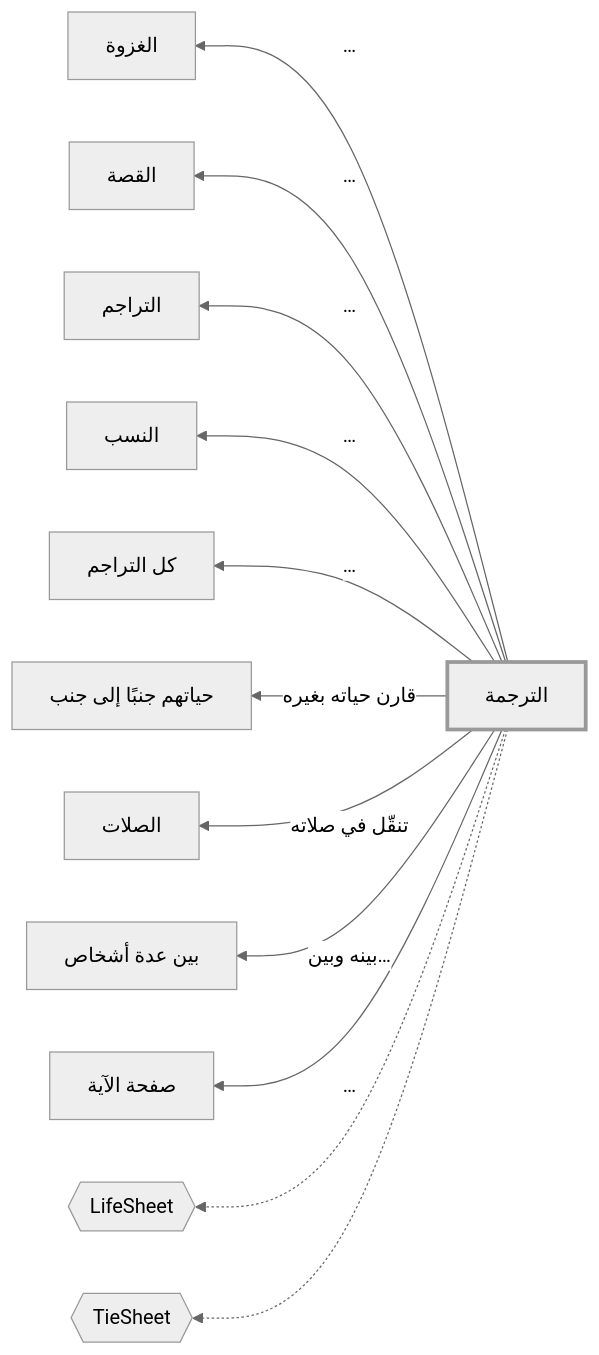
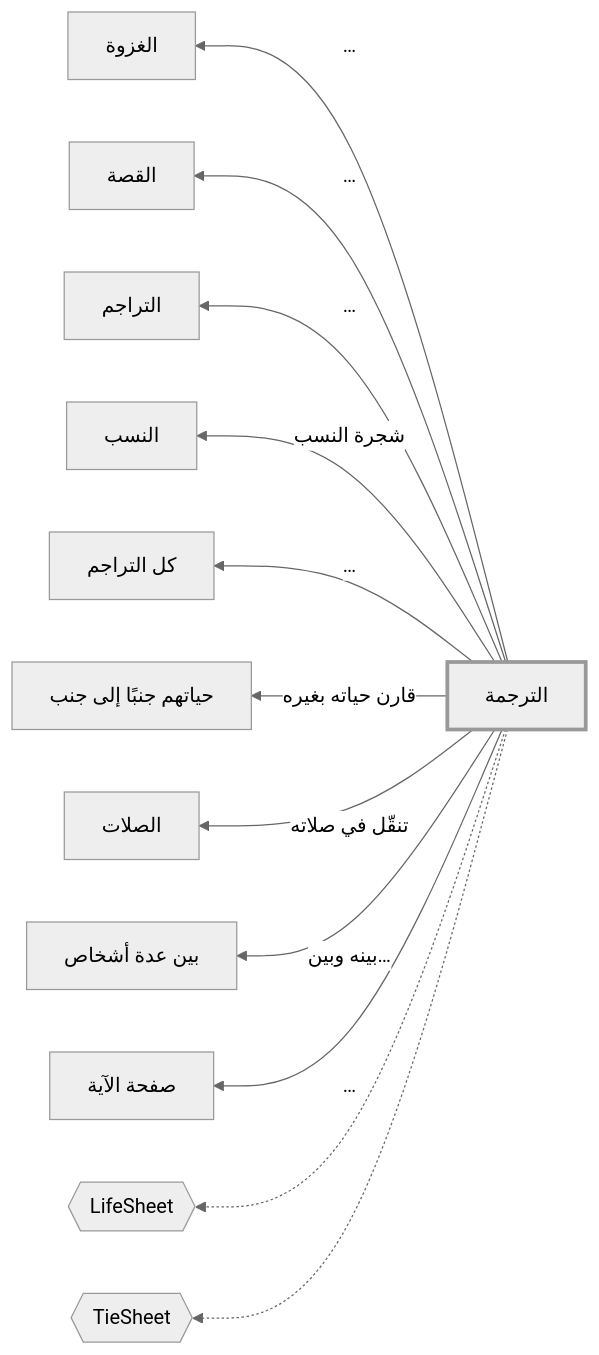
Before and after one commit to msskzx/namaq: the diagram in docs/feature-map/person.md, drawn with Mermaid (neutral theme). The commit also changed other lines of this file and 24 other files, not shown here.

````diff
--- a/docs/feature-map/person.md
+++ b/docs/feature-map/person.md
@@ -5,16 +5,16 @@
 ```mermaid
 flowchart RL
   me["الترجمة"]
   style me stroke-width:3px
   me -- "…" --> out0["الغزوة"]
   me -- "…" --> out1["القصة"]
   me -- "…" --> out2["التراجم"]
-  me -- "…" --> out3["النسب"]
+  me -- "شجرة النسب" --> out3["النسب"]
   me -- "…" --> out4["كل التراجم"]
   me -- "قارن حياته بغيره" --> out5["حياتهم جنبًا إلى جنب"]
   me -- "تنقّل في صلاته" --> out6["الصلات"]
   me -- "بينه وبين…" --> out7["بين عدة أشخاص"]
   me -- "…" --> out8["صفحة الآية"]
   me -.-> sheet0{{"LifeSheet"}}
   me -.-> sheet1{{"TieSheet"}}
 ```
````
